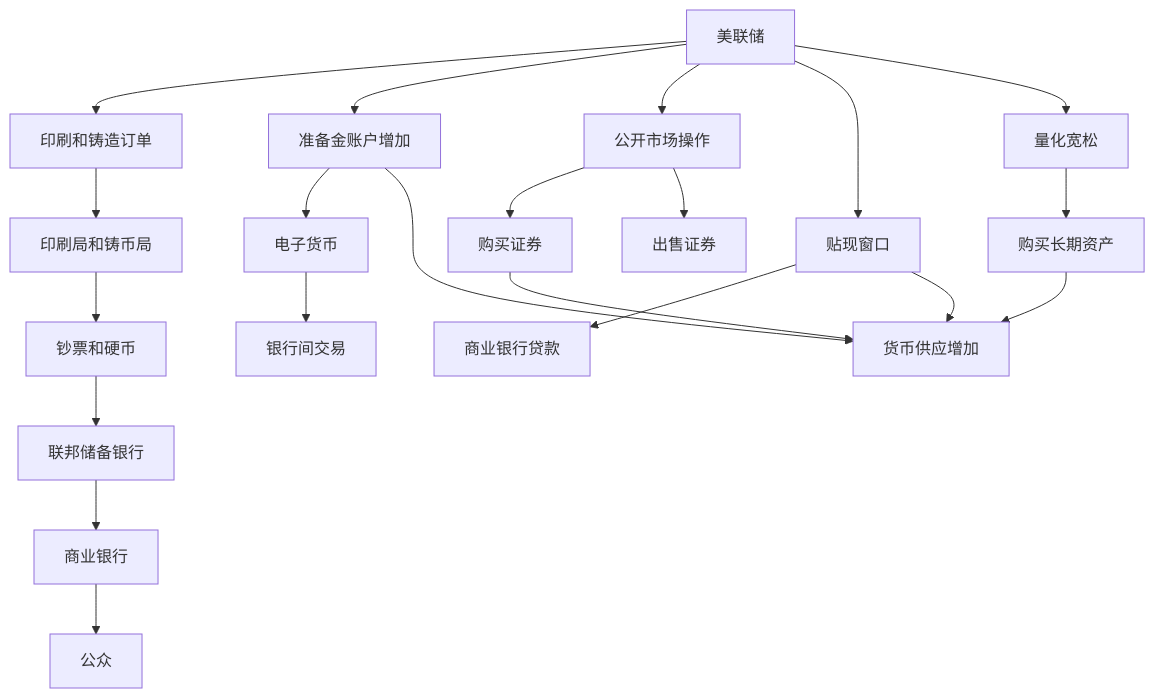
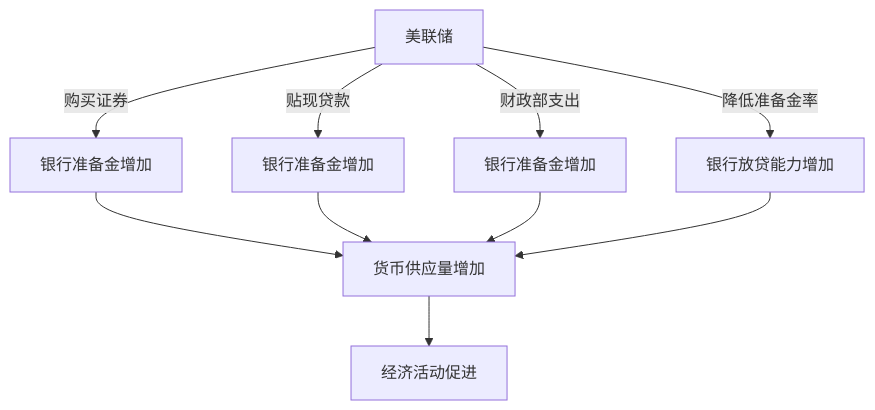
Before and after one commit to swinwae/iodraw-files: the diagram in all/未命名.md, drawn with Mermaid.

Commit message:
2024-05-24 00:17:53 update

````diff
--- a/all/未命名.md
+++ b/all/未命名.md
@@ -1,29 +1,14 @@
 ```mermaid
 graph TD
     A[美联储]
-    A --> B[印刷和铸造订单]
-    B --> C[印刷局和铸币局]
-    C --> D[钞票和硬币]
-    D --> E[联邦储备银行]
-    E --> F[商业银行]
-    F --> G[公众]
+    A -->|购买证券| B[银行准备金增加]
+    A -->|贴现贷款| C[银行准备金增加]
+    A -->|财政部支出| D[银行准备金增加]
+    A -->|降低准备金率| E[银行放贷能力增加]
 
-    A --> H[准备金账户增加]
-    H --> I[电子货币]
-    I --> J[银行间交易]
-
-    A --> K[公开市场操作]
-    K --> L[购买证券]
-    K --> M[出售证券]
-
-    A --> N[贴现窗口]
-    N --> O[商业银行贷款]
-
-    A --> P[量化宽松]
-    P --> Q[购买长期资产]
-
-    Q --> R[货币供应增加]
-    L --> R
-    H --> R
-    N --> R
+    B --> F[货币供应量增加]
+    C --> F
+    D --> F
+    E --> F
+    F --> G[经济活动促进]
 ```
````
